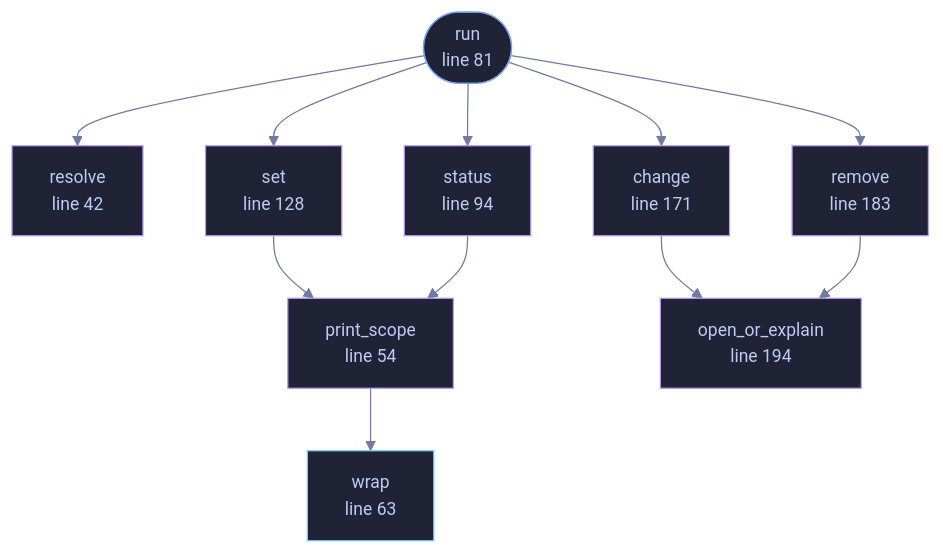
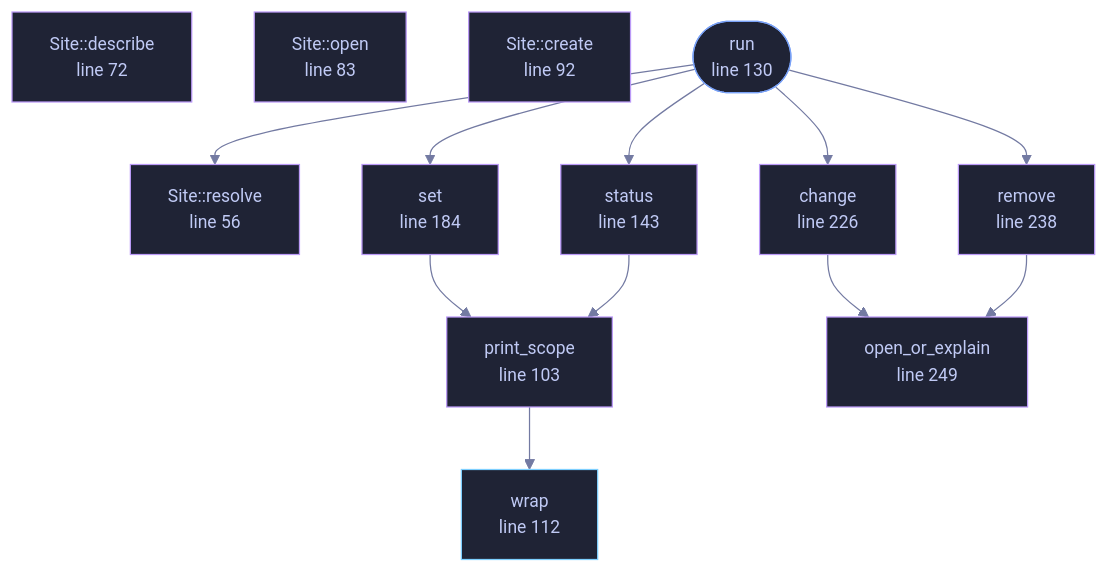
The diagram in docs/files/veilvoice-cli/lock.md (tilas01/veilvoice), drawn with Mermaid before and after one commit. The commit also changed other lines of this file and 57 other files, not shown here.

````diff
--- a/docs/files/veilvoice-cli/lock.md
+++ b/docs/files/veilvoice-cli/lock.md
@@ -74,38 +75,44 @@
 ```mermaid
 %%{init: {"theme":"base","themeVariables":{"background":"#1a1b26","primaryColor":"#1f2335","primaryTextColor":"#c0caf5","primaryBorderColor":"#7aa2f7","secondaryColor":"#16161e","tertiaryColor":"#16161e","lineColor":"#737aa2","textColor":"#c0caf5","mainBkg":"#1f2335","nodeBorder":"#7aa2f7","clusterBkg":"#16161e","clusterBorder":"#2f3549","fontFamily":"ui-monospace, SFMono-Regular, Consolas, monospace","fontSize":"14px"}}}%%
 flowchart TD
-    n_resolve["resolve<br/>line 42"]
-    n_print_scope["print_scope<br/>line 54"]
-    n_wrap["wrap<br/>line 63"]
-    n_run(["run<br/>line 81"])
-    n_status["status<br/>line 94"]
-    n_set["set<br/>line 128"]
-    n_change["change<br/>line 171"]
-    n_remove["remove<br/>line 183"]
-    n_open_or_explain["open_or_explain<br/>line 194"]
+    n_resolve["Site::resolve<br/>line 56"]
+    n_describe["Site::describe<br/>line 72"]
+    n_open["Site::open<br/>line 83"]
+    n_create["Site::create<br/>line 92"]
+    n_print_scope["print_scope<br/>line 103"]
+    n_wrap["wrap<br/>line 112"]
+    n_run(["run<br/>line 130"])
+    n_status["status<br/>line 143"]
+    n_set["set<br/>line 184"]
+    n_change["change<br/>line 226"]
+    n_remove["remove<br/>line 238"]
+    n_open_or_explain["open_or_explain<br/>line 249"]
     n_change --> n_open_or_explain
     n_print_scope --> n_wrap
     n_remove --> n_open_or_explain
     n_run --> n_change
     n_run --> n_remove
     n_run --> n_resolve
     n_run --> n_set
     n_run --> n_status
     n_set --> n_print_scope
     n_status --> n_print_scope
-    click n_resolve href "https://github.com/tilas01/veilvoice/blob/main/crates/veilvoice-cli/src/lock.rs#L42" "open the source"
-    click n_print_scope href "https://github.com/tilas01/veilvoice/blob/main/crates/veilvoice-cli/src/lock.rs#L54" "open the source"
-    click n_wrap href "https://github.com/tilas01/veilvoice/blob/main/crates/veilvoice-cli/src/lock.rs#L63" "open the source"
-    click n_run href "https://github.com/tilas01/veilvoice/blob/main/crates/veilvoice-cli/src/lock.rs#L81" "open the source"
-    click n_status href "https://github.com/tilas01/veilvoice/blob/main/crates/veilvoice-cli/src/lock.rs#L94" "open the source"
-    click n_set href "https://github.com/tilas01/veilvoice/blob/main/crates/veilvoice-cli/src/lock.rs#L128" "open the source"
-    click n_change href "https://github.com/tilas01/veilvoice/blob/main/crates/veilvoice-cli/src/lock.rs#L171" "open the source"
-    click n_remove href "https://github.com/tilas01/veilvoice/blob/main/crates/veilvoice-cli/src/lock.rs#L183" "open the source"
-    click n_open_or_explain href "https://github.com/tilas01/veilvoice/blob/main/crates/veilvoice-cli/src/lock.rs#L194" "open the source"
+    click n_resolve href "https://github.com/tilas01/veilvoice/blob/main/crates/veilvoice-cli/src/lock.rs#L56" "open the source"
+    click n_describe href "https://github.com/tilas01/veilvoice/blob/main/crates/veilvoice-cli/src/lock.rs#L72" "open the source"
+    click n_open href "https://github.com/tilas01/veilvoice/blob/main/crates/veilvoice-cli/src/lock.rs#L83" "open the source"
+    click n_create href "https://github.com/tilas01/veilvoice/blob/main/crates/veilvoice-cli/src/lock.rs#L92" "open the source"
+    click n_print_scope href "https://github.com/tilas01/veilvoice/blob/main/crates/veilvoice-cli/src/lock.rs#L103" "open the source"
+    click n_wrap href "https://github.com/tilas01/veilvoice/blob/main/crates/veilvoice-cli/src/lock.rs#L112" "open the source"
+    click n_run href "https://github.com/tilas01/veilvoice/blob/main/crates/veilvoice-cli/src/lock.rs#L130" "open the source"
+    click n_status href "https://github.com/tilas01/veilvoice/blob/main/crates/veilvoice-cli/src/lock.rs#L143" "open the source"
+    click n_set href "https://github.com/tilas01/veilvoice/blob/main/crates/veilvoice-cli/src/lock.rs#L184" "open the source"
+    click n_change href "https://github.com/tilas01/veilvoice/blob/main/crates/veilvoice-cli/src/lock.rs#L226" "open the source"
+    click n_remove href "https://github.com/tilas01/veilvoice/blob/main/crates/veilvoice-cli/src/lock.rs#L238" "open the source"
+    click n_open_or_explain href "https://github.com/tilas01/veilvoice/blob/main/crates/veilvoice-cli/src/lock.rs#L249" "open the source"
     classDef entry fill:#1f2335,stroke:#7aa2f7,color:#c0caf5
     class n_run entry
     classDef api fill:#1f2335,stroke:#7dcfff,color:#c0caf5
     class n_wrap api
     classDef helper fill:#1f2335,stroke:#bb9af7,color:#c0caf5
-    class n_resolve,n_print_scope,n_status,n_set,n_change,n_remove,n_open_or_explain helper
+    class n_resolve,n_describe,n_open,n_create,n_print_scope,n_status,n_set,n_change,n_remove,n_open_or_explain helper
 ```
````
